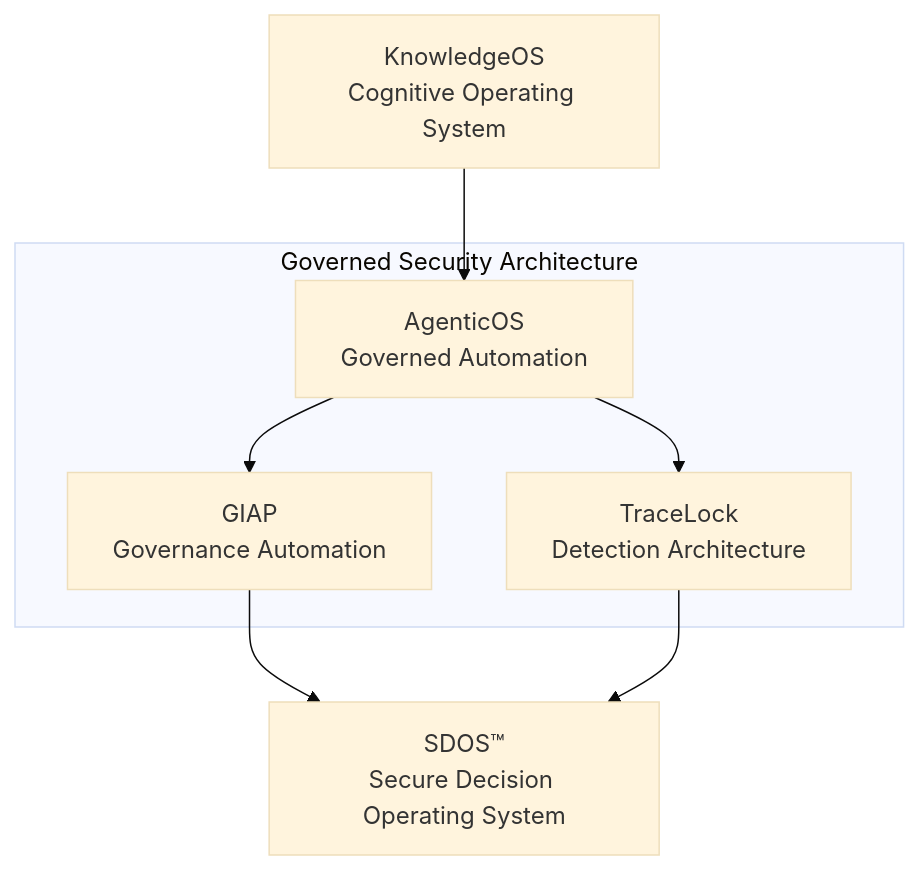
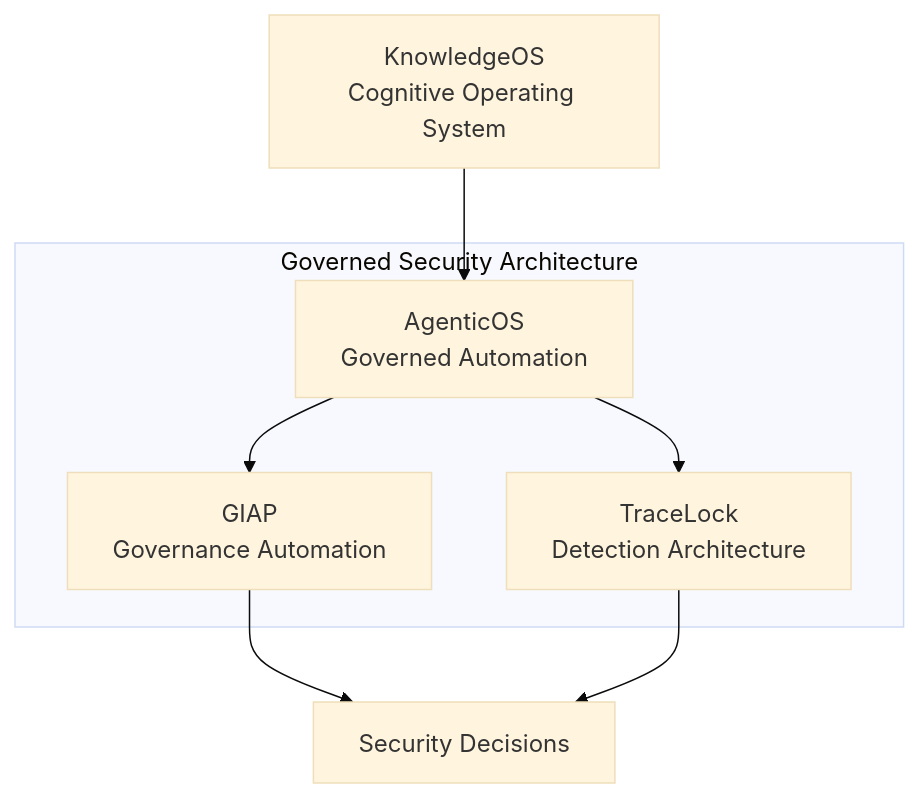
The diagram in docs/architecture/governed-security-architecture.md (Pharns/portfolio), drawn with Mermaid (base theme) before and after one commit. The commit also changed other lines of this file and 8 other files, not shown here.

First line of the commit message:
fix(ip-protection): remove SDOS naming, patent references, and architecture internals across portfolio

````diff
--- a/docs/architecture/governed-security-architecture.md
+++ b/docs/architecture/governed-security-architecture.md
@@ -7,20 +7,20 @@
 ```mermaid
 flowchart TD
 
-    SDOS_D[SDOS™<br>Secure Decision Operating System]
+    SD[Security Decisions]
 
     subgraph Architecture[Governed Security Architecture]
         GIAP[GIAP<br>Governance Automation]
         TRACELOCK[TraceLock<br>Detection Architecture]
         AGENTICOS[AgenticOS<br>Governed Automation]
     end
 
     KNOWLEDGEOS[KnowledgeOS<br>Cognitive Operating System]
 
     KNOWLEDGEOS --> AGENTICOS
     AGENTICOS --> GIAP
     AGENTICOS --> TRACELOCK
 
-    GIAP --> SDOS_D
-    TRACELOCK --> SDOS_D
+    GIAP --> SD
+    TRACELOCK --> SD
 ```
````
